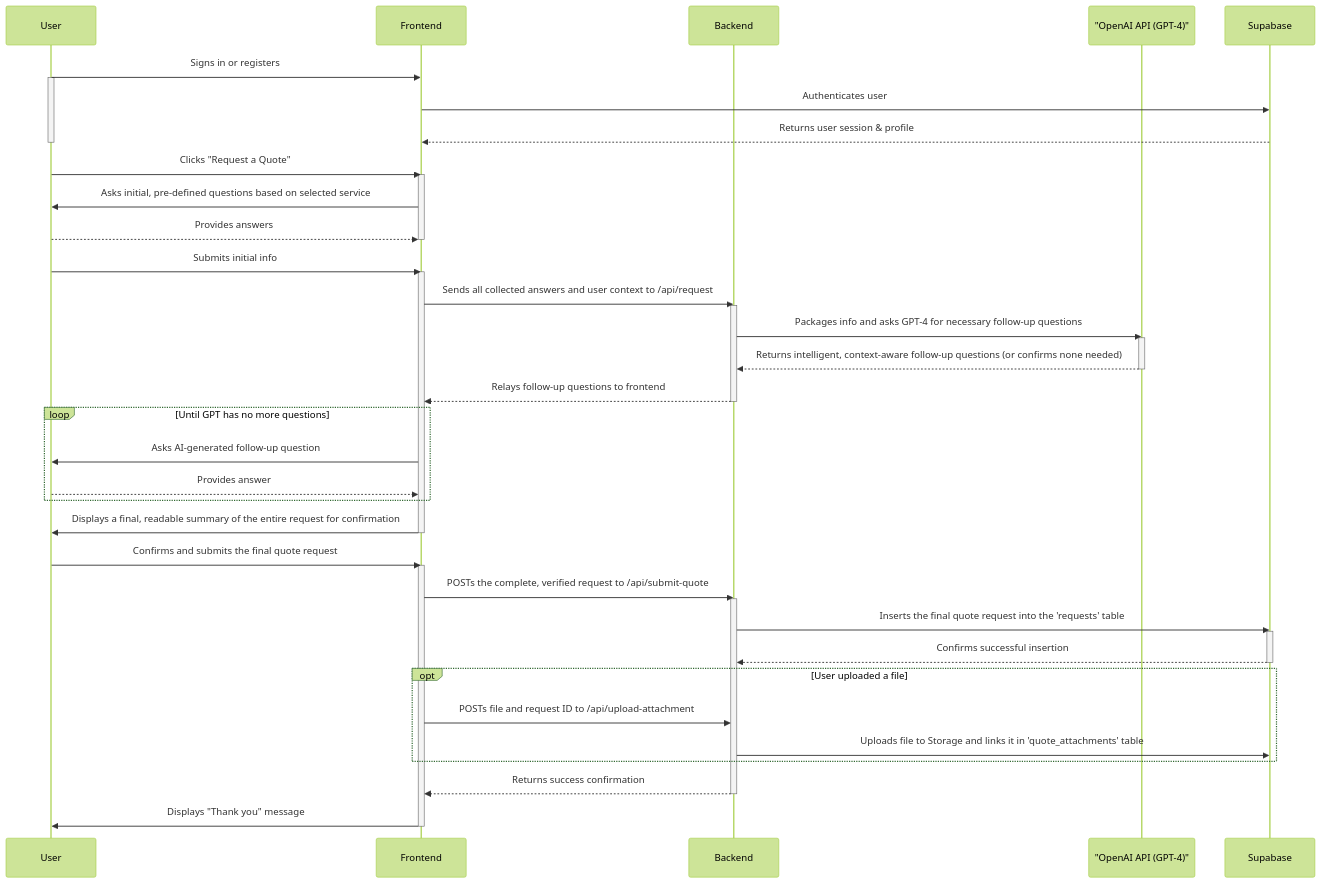
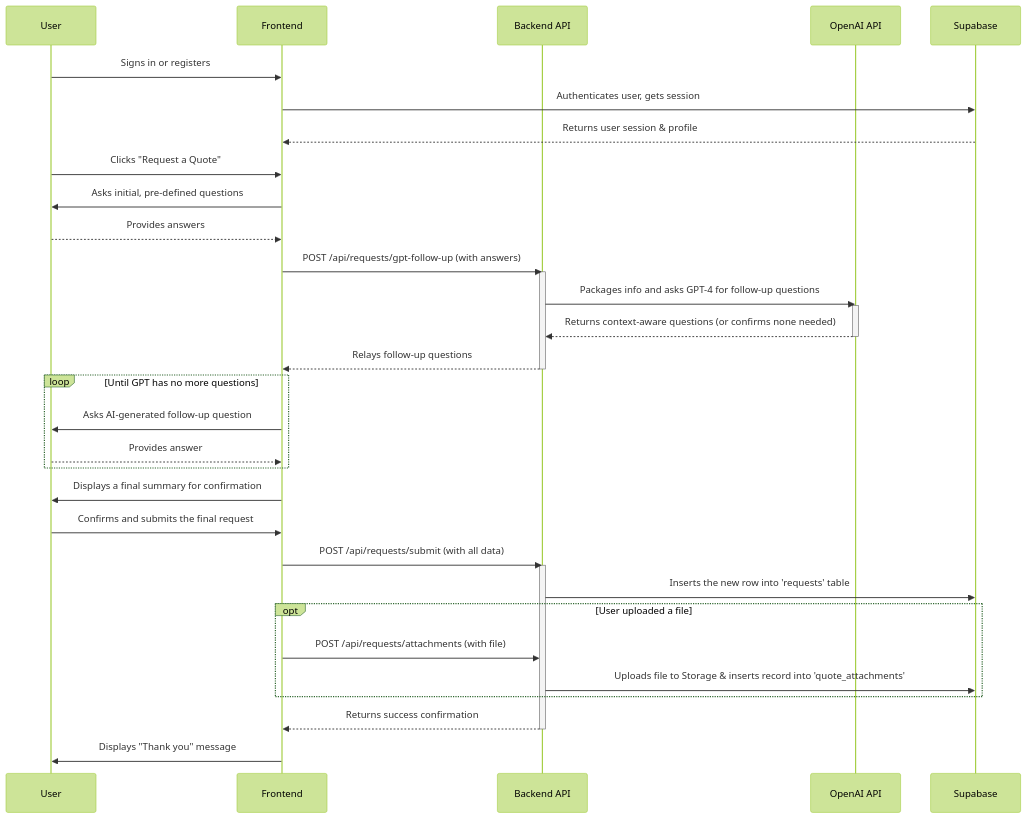
The first of 2 diagrams in README.md (richfrem/PlumbingPoC), drawn with Mermaid (forest theme) before and after one commit. The commit also changed other lines of this file and 13 other files, not shown here.

Commit message:
broke server.js into modular MVC architecture

````diff
--- a/README.md
+++ b/README.md
@@ -103,58 +111,46 @@
 ```mermaid
 sequenceDiagram
     participant User
     participant Frontend
-    participant Backend
-    participant OpenAI_API as "OpenAI API (GPT-4)"
+    participant Backend API
+    participant OpenAI API
     participant Supabase
 
     User->>Frontend: Signs in or registers
-    activate User
-    Frontend->>Supabase: Authenticates user
+    Frontend->>Supabase: Authenticates user, gets session
     Supabase-->>Frontend: Returns user session & profile
-    deactivate User
 
     User->>Frontend: Clicks "Request a Quote"
-    activate Frontend
-    Frontend->>User: Asks initial, pre-defined questions based on selected service
+    Frontend->>User: Asks initial, pre-defined questions
     User-->>Frontend: Provides answers
-    deactivate Frontend
 
-    User->>Frontend: Submits initial info
-    activate Frontend
-    Frontend->>Backend: Sends all collected answers and user context to /api/request
-    activate Backend
-    Backend->>OpenAI_API: Packages info and asks GPT-4 for necessary follow-up questions
-    activate OpenAI_API
-    OpenAI_API-->>Backend: Returns intelligent, context-aware follow-up questions (or confirms none needed)
-    deactivate OpenAI_API
-    Backend-->>Frontend: Relays follow-up questions to frontend
-    deactivate Backend
+    Frontend->>Backend API: POST /api/requests/gpt-follow-up (with answers)
+    activate Backend API
+    Backend API->>OpenAI API: Packages info and asks GPT-4 for follow-up questions
+    activate OpenAI API
+    OpenAI API-->>Backend API: Returns context-aware questions (or confirms none needed)
+    deactivate OpenAI API
+    Backend API-->>Frontend: Relays follow-up questions
+    deactivate Backend API
     
     loop Until GPT has no more questions
         Frontend->>User: Asks AI-generated follow-up question
         User-->>Frontend: Provides answer
     end
     
-    Frontend->>User: Displays a final, readable summary of the entire request for confirmation
-    deactivate Frontend
+    Frontend->>User: Displays a final summary for confirmation
 
-    User->>Frontend: Confirms and submits the final quote request
-    activate Frontend
-    Frontend->>Backend: POSTs the complete, verified request to /api/submit-quote
-    activate Backend
-    Backend->>Supabase: Inserts the final quote request into the 'requests' table
-    activate Supabase
-    Supabase-->>Backend: Confirms successful insertion
-    deactivate Supabase
+    User->>Frontend: Confirms and submits the final request
+    Frontend->>Backend API: POST /api/requests/submit (with all data)
+    activate Backend API
+    Backend API->>Supabase: Inserts the new row into 'requests' table
     
     opt User uploaded a file
-        Frontend->>Backend: POSTs file and request ID to /api/upload-attachment
-        Backend->>Supabase: Uploads file to Storage and links it in 'quote_attachments' table
+        Frontend->>Backend API: POST /api/requests/attachments (with file)
+        Backend API->>Supabase: Uploads file to Storage & inserts record into 'quote_attachments'
     end
 
-    Backend-->>Frontend: Returns success confirmation
-    deactivate Backend
+    Backend API-->>Frontend: Returns success confirmation
+    deactivate Backend API
     Frontend->>User: Displays "Thank you" message
-    deactivate Frontend
 ```
````
